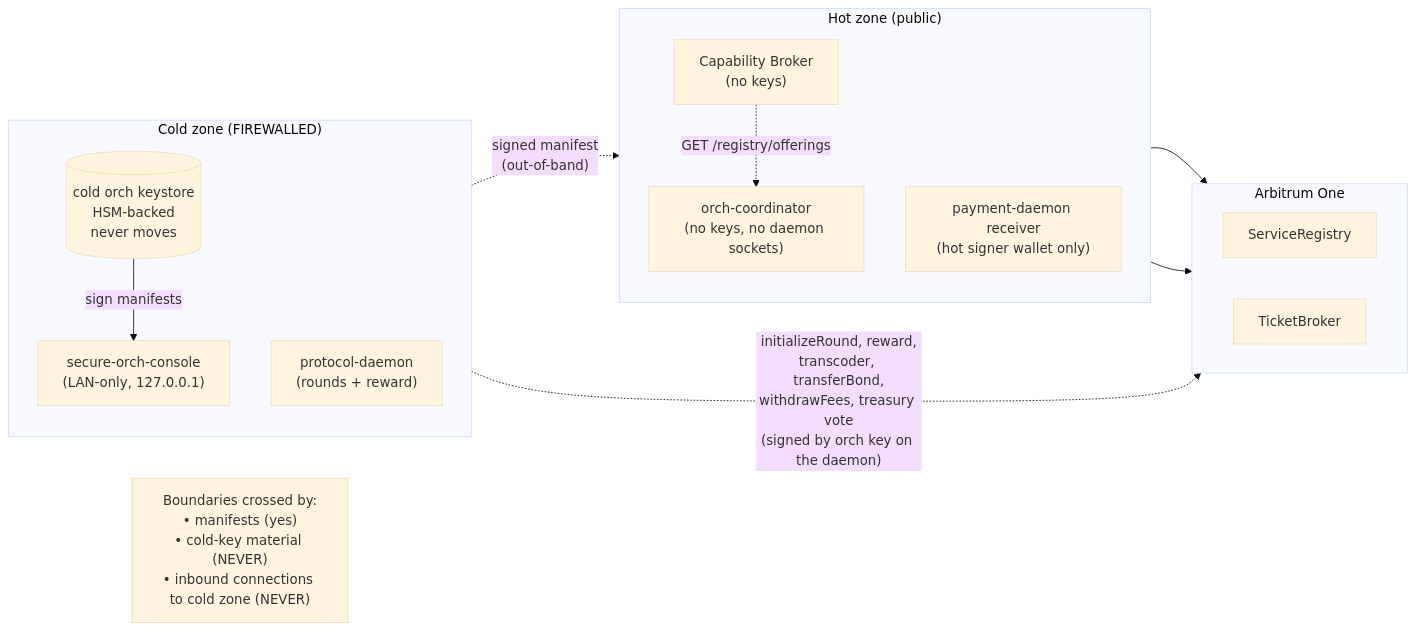
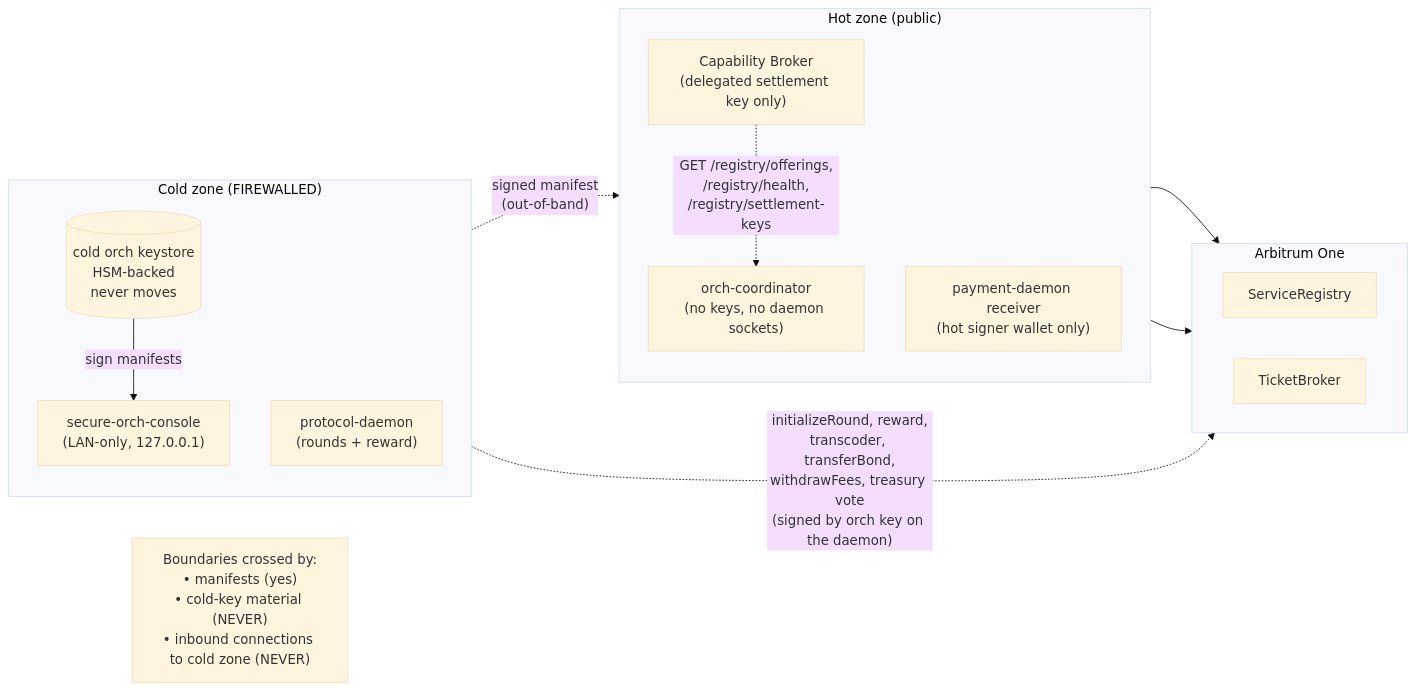
One commit to Cloud-SPE/livepeer-network-modules changed the first of 2 diagrams in docs/design-docs/trust-model.md. Above: the diagram before and after it, drawn with Mermaid (base theme). The commit also changed other lines of this file and 41 other files, not shown here.

First line of the commit message:
docs: align every surface with settlement key discovery and the health verdict

````diff
--- a/docs/design-docs/trust-model.md
+++ b/docs/design-docs/trust-model.md
@@ -25,32 +25,32 @@
 ```mermaid
 flowchart LR
     subgraph cold["Cold zone (FIREWALLED)"]
         direction TB
         COLD[("cold orch keystore<br/>HSM-backed<br/>never moves")]
         SOC["secure-orch-console<br/>(LAN-only, 127.0.0.1)"]
         PRD["protocol-daemon<br/>(rounds + reward)"]
     end
 
     subgraph hot["Hot zone (public)"]
         direction TB
         OC["orch-coordinator<br/>(no keys, no daemon sockets)"]
-        Broker["Capability Broker<br/>(no keys)"]
+        Broker["Capability Broker<br/>(delegated settlement key only)"]
         WPD["payment-daemon receiver<br/>(hot signer wallet only)"]
     end
 
     subgraph chain["Arbitrum One"]
         direction LR
         SREG["ServiceRegistry"]
         TB["TicketBroker"]
     end
 
     COLD -- "sign manifests" --> SOC
     SOC -.->|"signed manifest<br/>(out-of-band)"| OC
     PRD -.->|"initializeRound, reward,<br/>transcoder, transferBond,<br/>withdrawFees, treasury vote<br/>(signed by orch key on the daemon)"| chain
 
-    Broker -.->|"GET /registry/offerings"| OC
+    Broker -.->|"GET /registry/offerings,<br/>/registry/health,<br/>/registry/settlement-keys"| OC
     OC --> SREG
     WPD --> TB
 
     Note1["Boundaries crossed by:<br/>• manifests (yes)<br/>• cold-key material (NEVER)<br/>• inbound connections to cold zone (NEVER)"]
 ```
````
